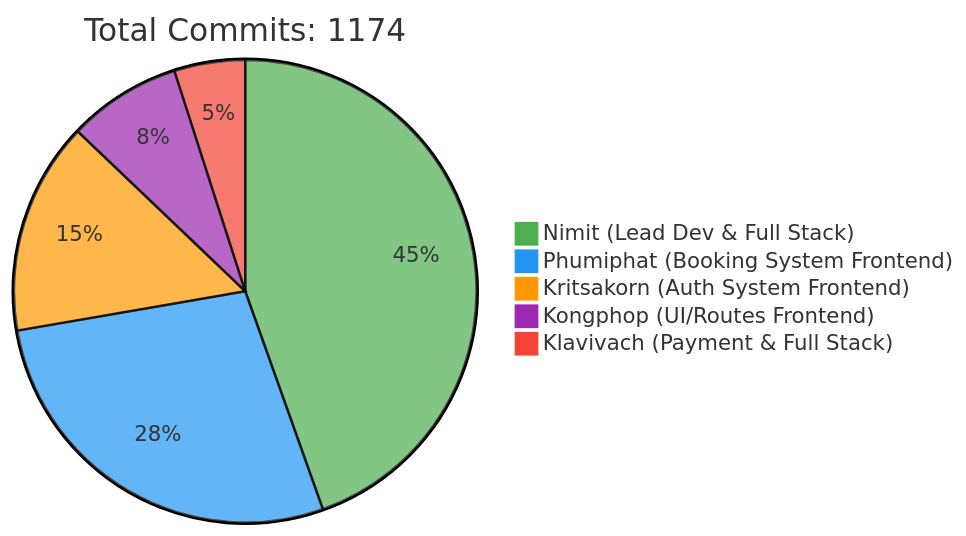
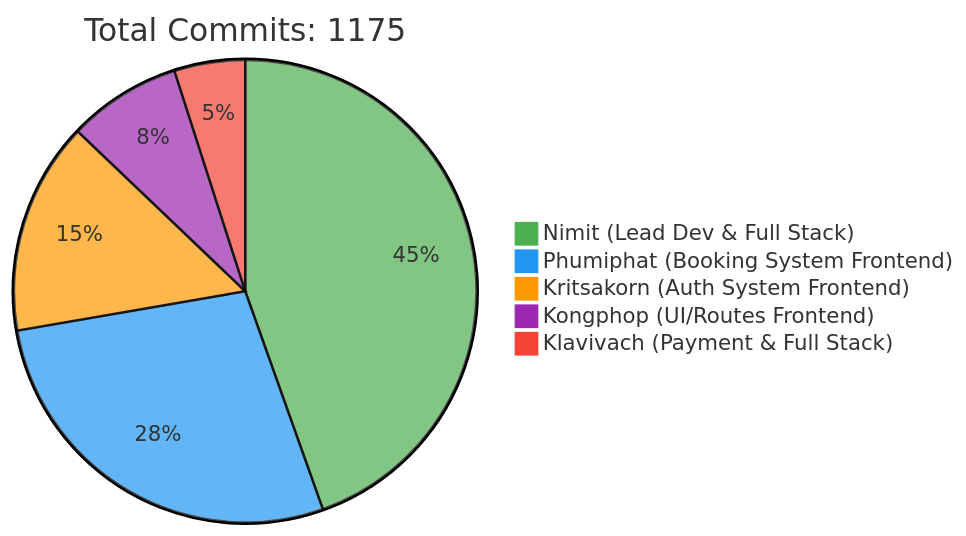
Before and after one commit to 6531503042/Sport-Complex: the first of 2 diagrams in README.md, drawn with Mermaid. The commit also changed other lines of this file, not shown here.

Commit message:
docs: Update contributor statistics [skip ci]

````diff
--- a/README.md
+++ b/README.md
@@ -257,10 +257,10 @@
 ```mermaid
 %%{init: {'theme': 'base', 'themeVariables': { 'pie1': '#4CAF50', 'pie2': '#2196F3', 'pie3': '#FF9800', 'pie4': '#9C27B0', 'pie5': '#F44336'}}}%%
 pie
-    title Total Commits: 1174
+    title Total Commits: 1175
     "Nimit (Lead Dev & Full Stack)" : 450
     "Phumiphat (Booking System Frontend)" : 280
     "Kritsakorn (Auth System Frontend)" : 150
     "Kongphop (UI/Routes Frontend)" : 80
     "Klavivach (Payment & Full Stack)" : 50
 ```
````
